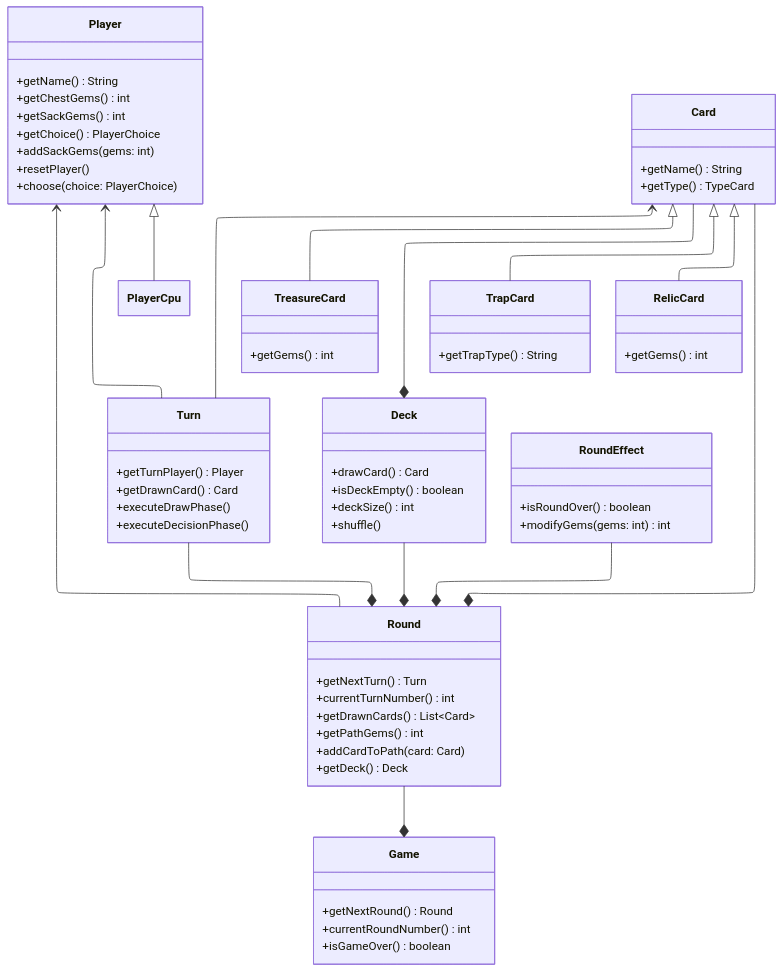
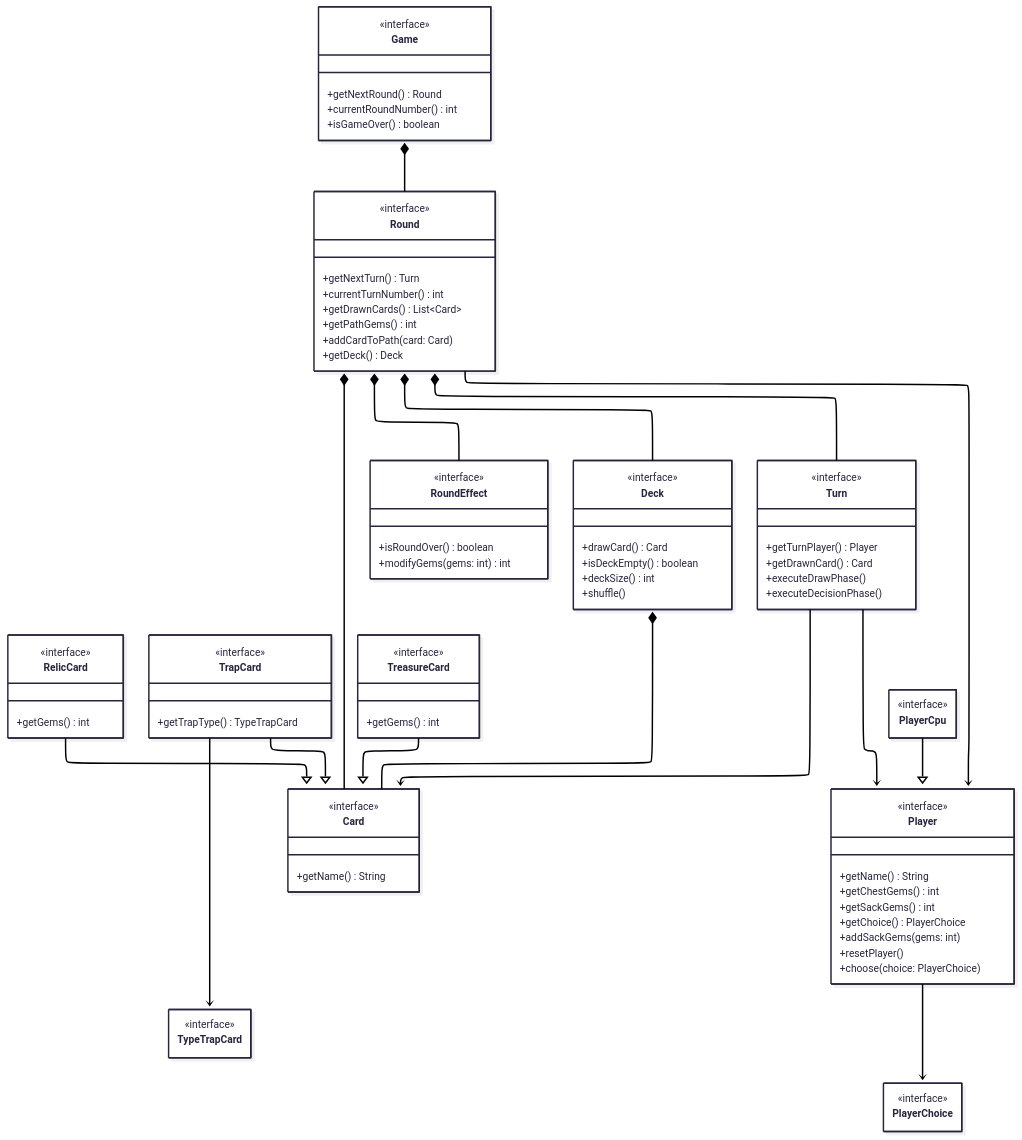
One commit to Wanes01/OOP24-jvmt-REPORT changed the diagram in code/Other/uml/emir/domain.mermaid. Above: the diagram before and after it, drawn with Mermaid. The commit also changed 3 other files, not shown here.

Commit message:
Fixed domain UML; declared multiple trap card types in analysis

```diff
--- a/code/Other/uml/emir/domain.mermaid
+++ b/code/Other/uml/emir/domain.mermaid
@@ -1,75 +1,96 @@
 ---
 config:
   layout: elk
   class:
     hideEmptyMembersBox: true
+  theme: redux
+  look: neo
 ---
 classDiagram
-direction BT
-    class Game {
-	    +getNextRound() Round
-	    +currentRoundNumber() int
-	    +isGameOver() boolean
-    }
-    class Round {
-	    +getNextTurn() Turn
-	    +currentTurnNumber() int
-	    +getDrawnCards() List~Card~
-	    +getPathGems() int
-	    +addCardToPath(card: Card)
-	    +getDeck() Deck
-    }
-    class Turn {
-	    +getTurnPlayer() Player
-	    +getDrawnCard() Card
-	    +executeDrawPhase()
-	    +executeDecisionPhase()
+direction TB
+    class Card {
+	    +getName() String
     }
     class Player {
 	    +getName() String
 	    +getChestGems() int
 	    +getSackGems() int
 	    +getChoice() PlayerChoice
 	    +addSackGems(gems: int)
 	    +resetPlayer()
 	    +choose(choice: PlayerChoice)
     }
     class PlayerCpu {
     }
+    class RoundEffect {
+	    +isRoundOver() boolean
+	    +modifyGems(gems: int) int
+    }
     class Deck {
 	    +drawCard() Card
 	    +isDeckEmpty() boolean
 	    +deckSize() int
 	    +shuffle()
     }
-    class Card {
-	    +getName() String
-	    +getType() TypeCard
+    class Turn {
+	    +getTurnPlayer() Player
+	    +getDrawnCard() Card
+	    +executeDrawPhase()
+	    +executeDecisionPhase()
+    }
+    class RelicCard {
+	    +getGems() int
+    }
+    class TrapCard {
+	    +getTrapType() TypeTrapCard
     }
     class TreasureCard {
 	    +getGems() int
     }
-    class TrapCard {
-	    +getTrapType() String
+    class Round {
+	    +getNextTurn() Turn
+	    +currentTurnNumber() int
+	    +getDrawnCards() List~Card~
+	    +getPathGems() int
+	    +addCardToPath(card: Card)
+	    +getDeck() Deck
     }
-    class RelicCard {
-	    +getGems() int
+    class Game {
+	    +getNextRound() Round
+	    +currentRoundNumber() int
+	    +isGameOver() boolean
     }
-    class RoundEffect {
-	    +isRoundOver() boolean
-	    +modifyGems(gems: int) int
+    class PlayerChoice {
     }
+    class TypeTrapCard {
+    }
+
+	<<interface>> Card
+	<<interface>> Player
+	<<interface>> PlayerCpu
+	<<interface>> RoundEffect
+	<<interface>> Deck
+	<<interface>> Turn
+	<<interface>> RelicCard
+	<<interface>> TrapCard
+	<<interface>> TreasureCard
+	<<interface>> Round
+	<<interface>> Game
+	<<interface>> PlayerChoice
+	<<interface>> TypeTrapCard
 
     TrapCard --|> Card
     RelicCard --|> Card
     TreasureCard --|> Card
     PlayerCpu --|> Player
     Game *-- Round : <br>
     Round *-- Turn : <br>
     Round *-- Deck : <br>
     Round *-- RoundEffect : <br>
     Round *-- Card : <br>
     Deck *-- Card : <br>
     Round --> Player : <br>
     Turn --> Player : <br>
     Turn --> Card : <br>
+    Player --> PlayerChoice : <br>
+    TrapCard --> TypeTrapCard : <br>
```
